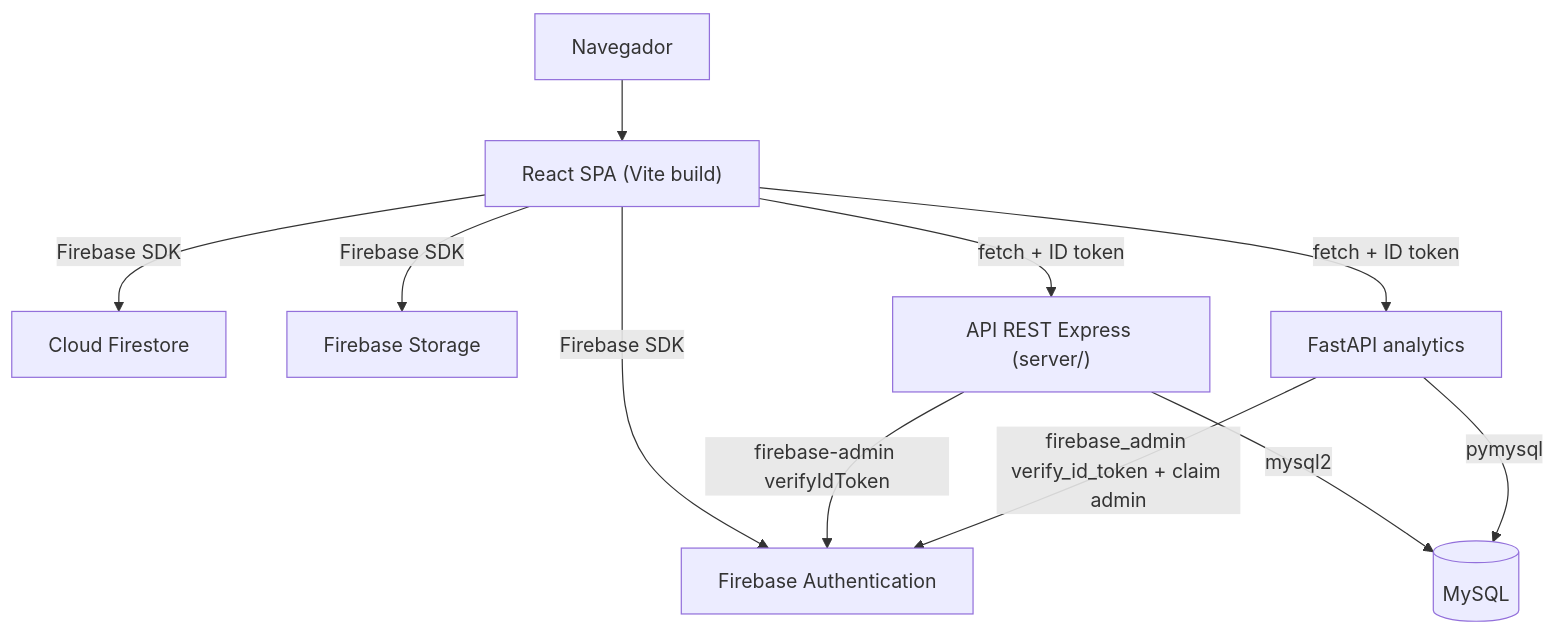
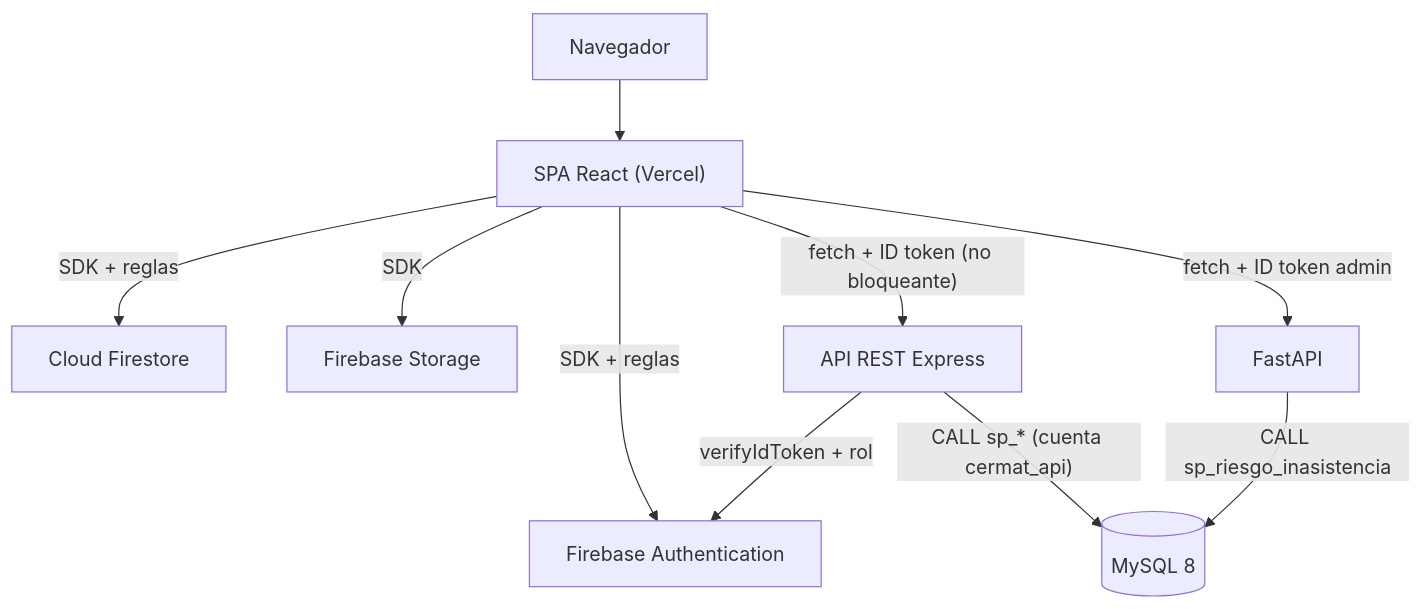
The diagram in docs/e3-sistema-funcional-ce023.md (yucradavid/Perfil-de-egreso-Plataforma-Web-Integral-CERMAT), drawn with Mermaid before and after one commit. The commit also changed other lines of this file and 50 other files, not shown here.

````diff
--- a/docs/e3-sistema-funcional-ce023.md
+++ b/docs/e3-sistema-funcional-ce023.md
@@ -39,13 +50,12 @@
 ```mermaid
 flowchart TD
-  Browser["Navegador"] --> SPA["React SPA (Vite build)"]
-  SPA -->|"Firebase SDK"| Auth["Firebase Authentication"]
-  SPA -->|"Firebase SDK"| FS["Cloud Firestore"]
-  SPA -->|"Firebase SDK"| Storage["Firebase Storage"]
-  SPA -->|"fetch + ID token"| API["API REST Express (server/)"]
-  API -->|"firebase-admin verifyIdToken"| Auth
-  API -->|"mysql2"| MySQL[("MySQL")]
-  SPA -->|"fetch + ID token"| Analytics["FastAPI analytics"]
-  Analytics -->|"firebase_admin verify_id_token + claim admin"| Auth
-  Analytics -->|"pymysql"| MySQL
+  Browser["Navegador"] --> SPA["SPA React (Vercel)"]
+  SPA -->|"SDK + reglas"| Auth["Firebase Authentication"]
+  SPA -->|"SDK + reglas"| FS["Cloud Firestore"]
+  SPA -->|"SDK"| Storage["Firebase Storage"]
+  SPA -->|"fetch + ID token (no bloqueante)"| API["API REST Express"]
+  API -->|"verifyIdToken + rol"| Auth
+  API -->|"CALL sp_* (cuenta cermat_api)"| MySQL[("MySQL 8")]
+  SPA -->|"fetch + ID token admin"| Analytics["FastAPI"]
+  Analytics -->|"CALL sp_riesgo_inasistencia"| MySQL
 ```
````
